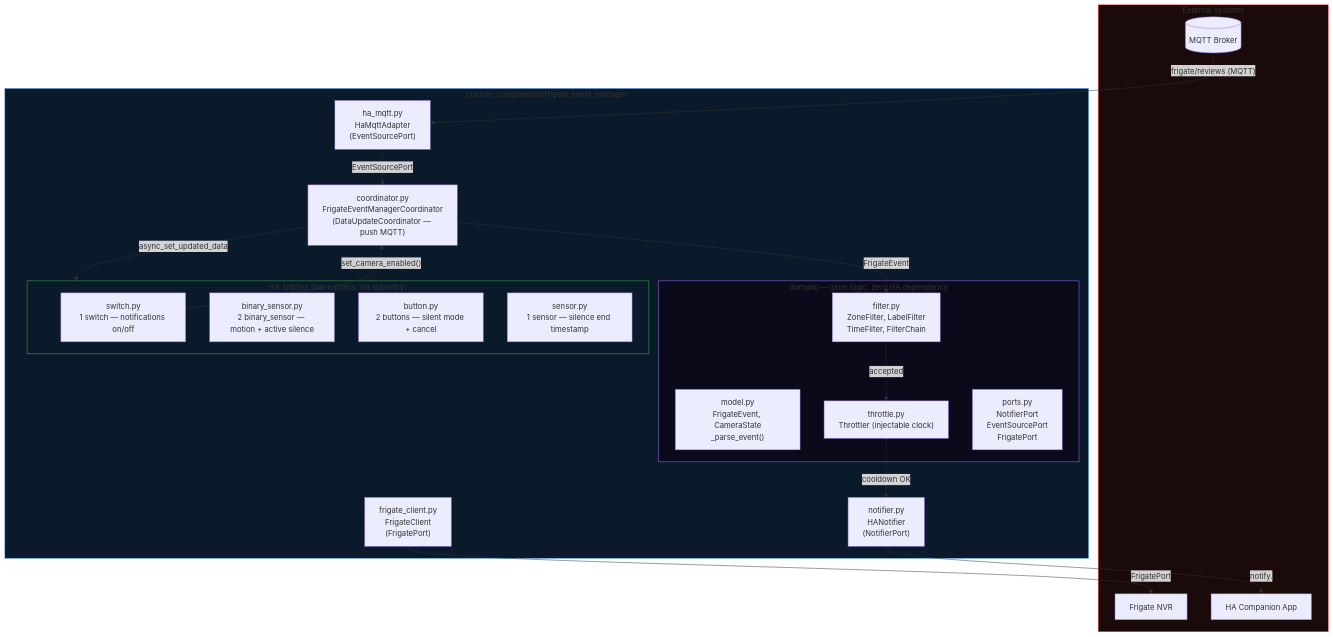
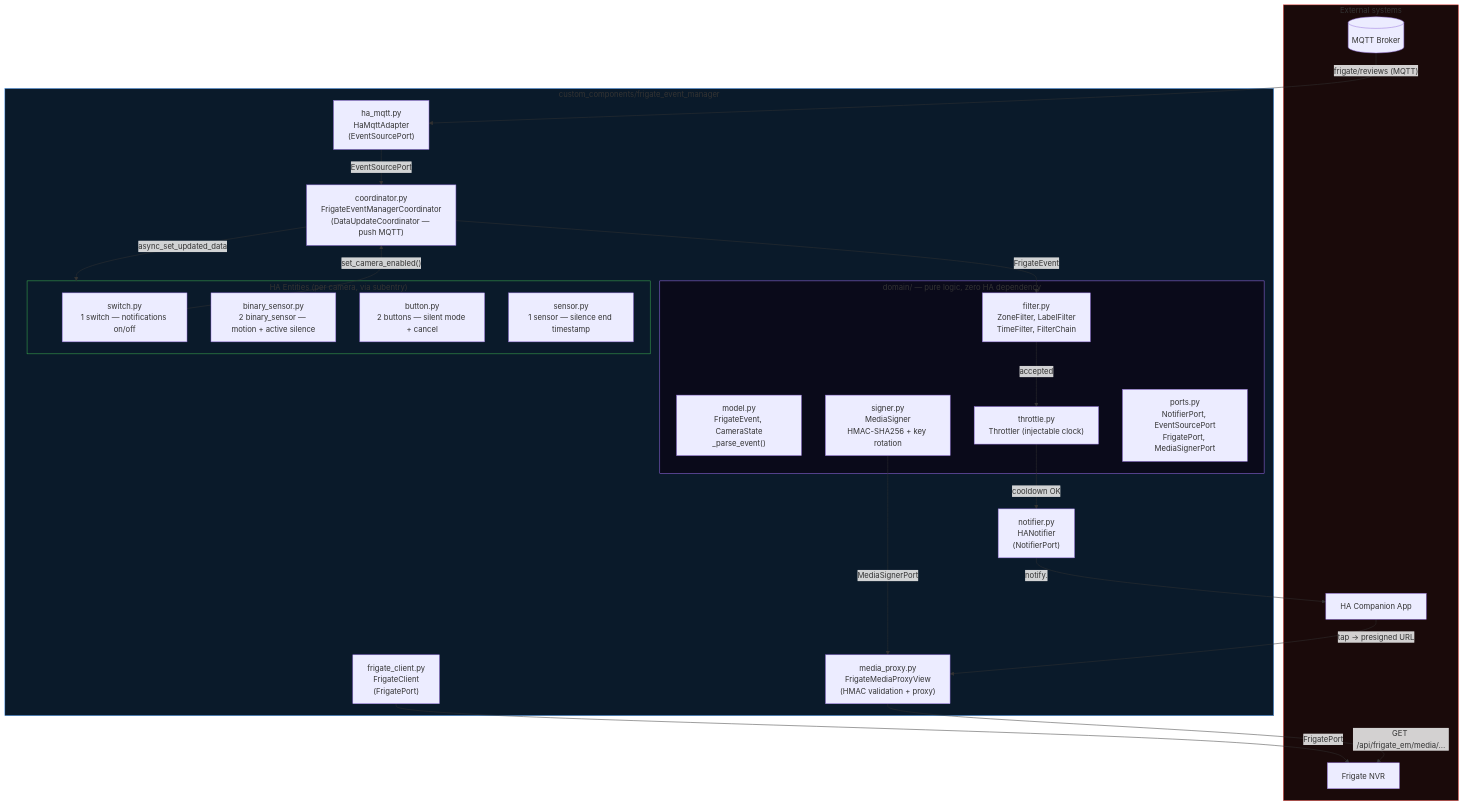
One commit to trowaflo/frigate-event-manager changed the first of 6 diagrams in docs/architecture.md. Above: the diagram before and after it, drawn with Mermaid. The commit also changed other lines of this file and 19 other files, not shown here.

Commit message:
feat: media proxy avec 404 uniforme, event bus et notification sécurité (#22)

````diff
--- a/docs/architecture.md
+++ b/docs/architecture.md
@@ -8,44 +8,49 @@
 ```mermaid
 graph TB
     subgraph External["External systems"]
         BROKER[("MQTT Broker")]
         FRIGATE["Frigate NVR"]
         HA_NOTIFY["HA Companion App"]
     end
 
     subgraph Integration["custom_components/frigate_event_manager"]
         subgraph Domain["domain/ — pure logic, zero HA dependency"]
             MODEL["model.py\nFrigateEvent, CameraState\n_parse_event()"]
             FILTER_D["filter.py\nZoneFilter, LabelFilter\nTimeFilter, FilterChain"]
             THROTTLE_D["throttle.py\nThrottler (injectable clock)"]
-            PORTS["ports.py\nNotifierPort\nEventSourcePort\nFrigatePort"]
+            SIGNER_D["signer.py\nMediaSigner\nHMAC-SHA256 + key rotation"]
+            PORTS["ports.py\nNotifierPort, EventSourcePort\nFrigatePort, MediaSignerPort"]
         end
 
         COORD["coordinator.py\nFrigateEventManagerCoordinator\n(DataUpdateCoordinator — push MQTT)"]
         HAMQTT["ha_mqtt.py\nHaMqttAdapter\n(EventSourcePort)"]
         NOTIFIER["notifier.py\nHANotifier\n(NotifierPort)"]
         CLIENT["frigate_client.py\nFrigateClient\n(FrigatePort)"]
+        PROXY["media_proxy.py\nFrigateMediaProxyView\n(HMAC validation + proxy)"]
 
         subgraph Entities["HA Entities (per camera, via subentry)"]
             SWITCH["switch.py\n1 switch — notifications on/off"]
             BINSENSOR["binary_sensor.py\n2 binary_sensor — motion + active silence"]
             BUTTON["button.py\n2 buttons — silent mode + cancel"]
             SENSOR["sensor.py\n1 sensor — silence end timestamp"]
         end
     end
 
     BROKER -->|"frigate/reviews (MQTT)"| HAMQTT
     HAMQTT -->|"EventSourcePort"| COORD
     COORD -->|FrigateEvent| FILTER_D
     FILTER_D -->|accepted| THROTTLE_D
     THROTTLE_D -->|cooldown OK| NOTIFIER
     NOTIFIER -->|"notify.<target>"| HA_NOTIFY
     COORD -->|async_set_updated_data| Entities
     SWITCH -->|"set_camera_enabled()"| COORD
     CLIENT -->|"FrigatePort"| FRIGATE
+    SIGNER_D -->|"MediaSignerPort"| PROXY
+    PROXY -->|"GET /api/frigate_em/media/..."| FRIGATE
+    HA_NOTIFY -->|"tap → presigned URL"| PROXY
 
     style External fill:#1a0a0a,stroke:#f85149
     style Integration fill:#0a1a2a,stroke:#58a6ff
     style Domain fill:#0a0a1a,stroke:#a371f7
     style Entities fill:#0a1a2a,stroke:#3fb950
 ```
````
